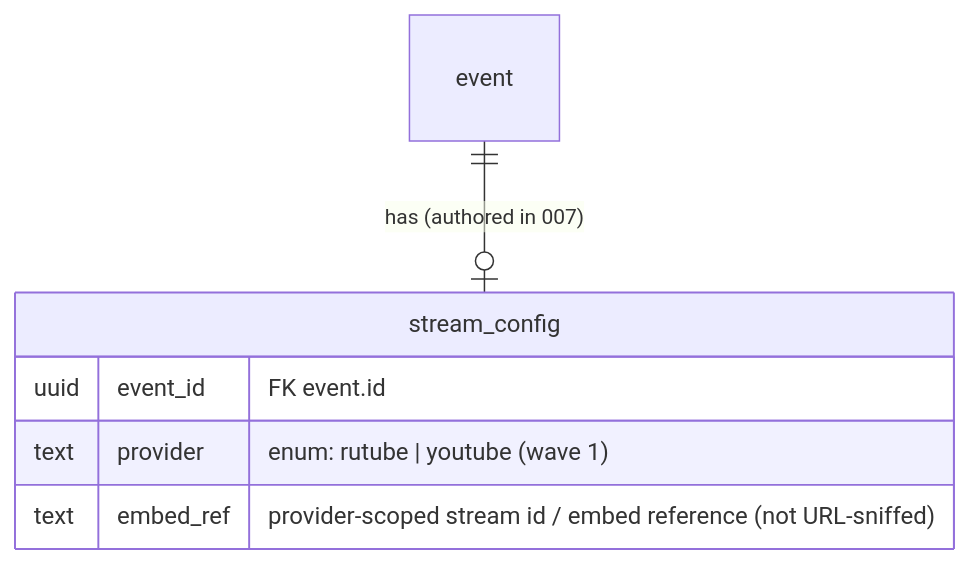
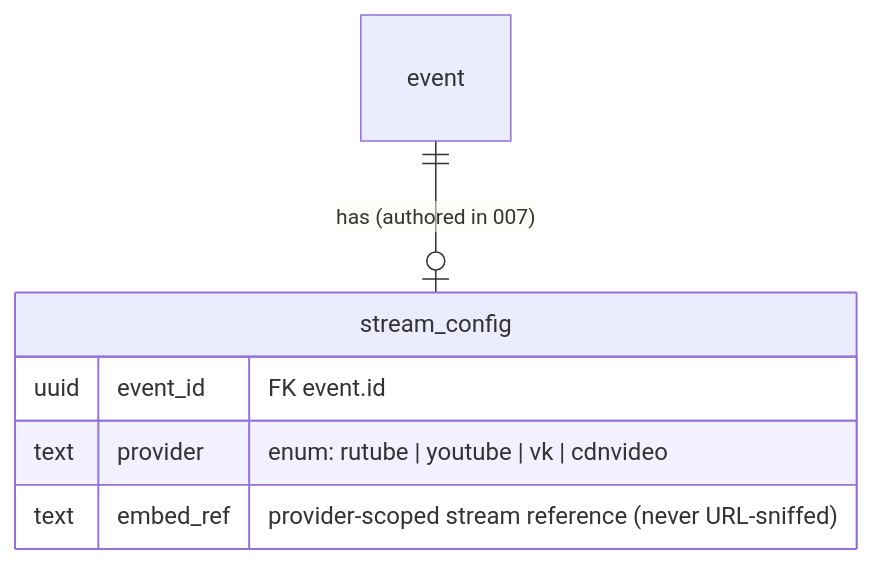
Before and after one commit to doctor-school/ds-platform: the third of 8 diagrams in apps/docs/content/specs/features/006-webinar-room/006-design.md, drawn with Mermaid. The commit also changed other lines of this file and 20 other files, not shown here.

First line of the commit message:
feat(006): add VK Video + CDNVideo to the stream-provider enum end-to-end (#1134) (#1154)

````diff
--- a/apps/docs/content/specs/features/006-webinar-room/006-design.md
+++ b/apps/docs/content/specs/features/006-webinar-room/006-design.md
@@ -88,9 +88,9 @@
 ```mermaid
 erDiagram
     event ||--o| stream_config : "has (authored in 007)"
     stream_config {
       uuid event_id "FK event.id"
-      text provider "enum: rutube | youtube (wave 1)"
-      text embed_ref "provider-scoped stream id / embed reference (not URL-sniffed)"
+      text provider "enum: rutube | youtube | vk | cdnvideo"
+      text embed_ref "provider-scoped stream reference (never URL-sniffed)"
     }
 ```
````
